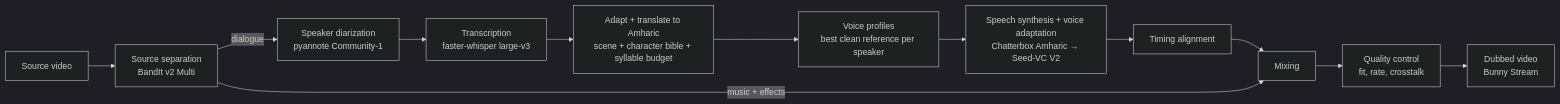
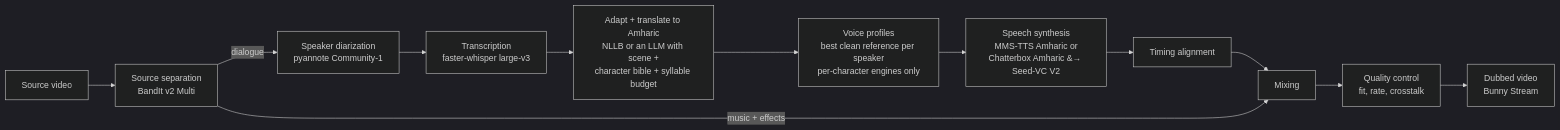
Before and after one commit to ababuu/amharic-dub: the diagram in README.md, drawn with Mermaid (dark theme). The commit also changed other lines of this file and 8 other files, not shown here.

````diff
--- a/README.md
+++ b/README.md
@@ -20,14 +20,14 @@
 ```mermaid
 flowchart LR
-    V[Source video] --> SEP[Source separation<br/>BandIt v2 Multi]
-    SEP -->|dialogue| DIA[Speaker diarization<br/>pyannote Community-1]
-    DIA --> ASR[Transcription<br/>faster-whisper large-v3]
-    ASR --> TR[Adapt + translate to Amharic<br/>scene + character bible + syllable budget]
-    TR --> VP[Voice profiles<br/>best clean reference per speaker]
-    VP --> TTS[Speech synthesis + voice adaptation<br/>Chatterbox Amharic → Seed-VC V2]
-    TTS --> TIM[Timing alignment]
-    TIM --> MIX[Mixing]
+    V["Source video"] --> SEP["Source separation<br/>BandIt v2 Multi"]
+    SEP -->|dialogue| DIA["Speaker diarization<br/>pyannote Community-1"]
+    DIA --> ASR["Transcription<br/>faster-whisper large-v3"]
+    ASR --> TR["Adapt + translate to Amharic<br/>NLLB or an LLM with scene +<br/>character bible + syllable budget"]
+    TR --> VP["Voice profiles<br/>best clean reference per speaker<br/>per-character engines only"]
+    VP --> TTS["Speech synthesis<br/>MMS-TTS Amharic or<br/>Chatterbox Amharic &#8594; Seed-VC V2"]
+    TTS --> TIM["Timing alignment"]
+    TIM --> MIX["Mixing"]
     SEP -->|music + effects| MIX
-    MIX --> QC[Quality control<br/>fit, rate, crosstalk]
-    QC --> OUT[Dubbed video<br/>Bunny Stream]
+    MIX --> QC["Quality control<br/>fit, rate, crosstalk"]
+    QC --> OUT["Dubbed video<br/>Bunny Stream"]
 ```
````
